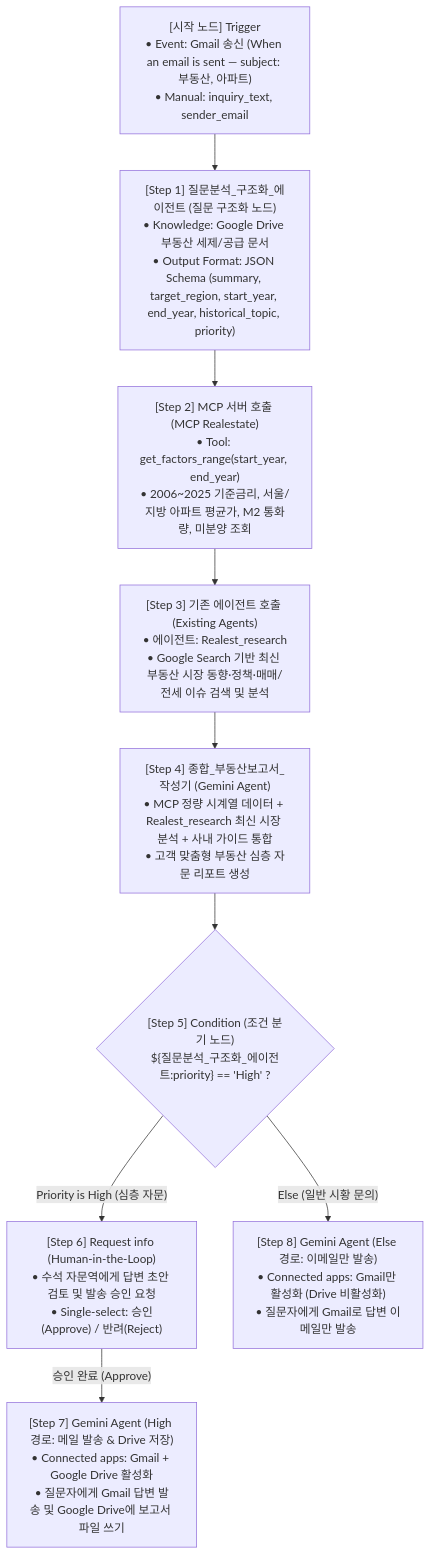
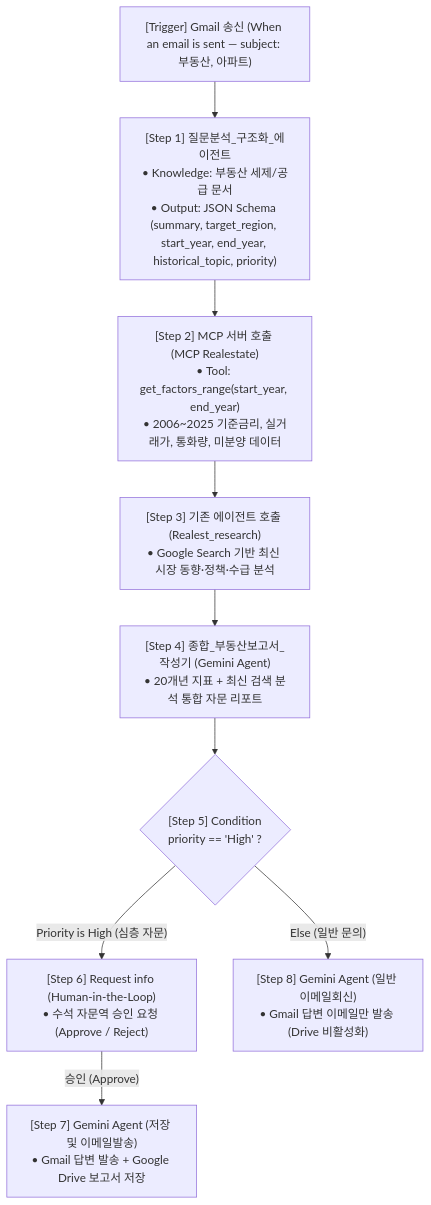
The diagram in ge_lab/nocode_advance/nocode_advance.md (shins777/gemini_enterprise_lab), drawn with Mermaid before and after one commit. The commit also changed other lines of this file, not shown here.

````diff
--- a/ge_lab/nocode_advance/nocode_advance.md
+++ b/ge_lab/nocode_advance/nocode_advance.md
@@ -60,18 +53,18 @@
 ```mermaid
 flowchart TD
-    Trigger["[시작 노드] Trigger<br>• Event: Gmail 송신 (When an email is sent — subject: 부동산, 아파트)<br>• Manual: inquiry_text, sender_email"] --> Step1["[Step 1] 질문분석_구조화_에이전트 (질문 구조화 노드)<br>• Knowledge: Google Drive 부동산 세제/공급 문서<br>• Output Format: JSON Schema (summary, target_region, start_year, end_year, historical_topic, priority)"]
+    Trigger["[Trigger] Gmail 송신 (When an email is sent — subject: 부동산, 아파트)"] --> Step1["[Step 1] 질문분석_구조화_에이전트<br>• Knowledge: 부동산 세제/공급 문서<br>• Output: JSON Schema (summary, target_region, start_year, end_year, historical_topic, priority)"]
     
-    Step1 --> Step2["[Step 2] MCP 서버 호출 (MCP Realestate)<br>• Tool: get_factors_range(start_year, end_year)<br>• 2006~2025 기준금리, 서울/지방 아파트 평균가, M2 통화량, 미분양 조회"]
+    Step1 --> Step2["[Step 2] MCP 서버 호출 (MCP Realestate)<br>• Tool: get_factors_range(start_year, end_year)<br>• 2006~2025 기준금리, 실거래가, 통화량, 미분양 데이터"]
     
-    Step2 --> Step3["[Step 3] 기존 에이전트 호출 (Existing Agents)<br>• 에이전트: Realest_research<br>• Google Search 기반 최신 부동산 시장 동향·정책·매매/전세 이슈 검색 및 분석"]
+    Step2 --> Step3["[Step 3] 기존 에이전트 호출 (Realest_research)<br>• Google Search 기반 최신 시장 동향·정책·수급 분석"]
     
-    Step3 --> Step4["[Step 4] 종합_부동산보고서_작성기 (Gemini Agent)<br>• MCP 정량 시계열 데이터 + Realest_research 최신 시장 분석 + 사내 가이드 통합<br>• 고객 맞춤형 부동산 심층 자문 리포트 생성"]
+    Step3 --> Step4["[Step 4] 종합_부동산보고서_작성기 (Gemini Agent)<br>• 20개년 지표 + 최신 검색 분석 통합 자문 리포트"]
 
-    Step4 --> Step5{"[Step 5] Condition (조건 분기 노드)<br>${질문분석_구조화_에이전트:priority} == 'High' ?"}
+    Step4 --> Step5{"[Step 5] Condition<br>priority == 'High' ?"}
     
-    Step5 -->|"Priority is High (심층 자문)"| Step6["[Step 6] Request info (Human-in-the-Loop)<br>• 수석 자문역에게 답변 초안 검토 및 발송 승인 요청<br>• Single-select: 승인(Approve) / 반려(Reject)"]
+    Step5 -->|"Priority is High (심층 자문)"| Step6["[Step 6] Request info (Human-in-the-Loop)<br>• 수석 자문역 승인 요청 (Approve / Reject)"]
     
-    Step6 -->|"승인 완료 (Approve)"| Step7["[Step 7] Gemini Agent (High 경로: 메일 발송 & Drive 저장)<br>• Connected apps: Gmail + Google Drive 활성화<br>• 질문자에게 Gmail 답변 발송 및 Google Drive에 보고서 파일 쓰기"]
+    Step6 -->|"승인 (Approve)"| Step7["[Step 7] Gemini Agent (저장 및 이메일발송)<br>• Gmail 답변 발송 + Google Drive 보고서 저장"]
     
-    Step5 -->|"Else (일반 시황 문의)"| Step8["[Step 8] Gemini Agent (Else 경로: 이메일만 발송)<br>• Connected apps: Gmail만 활성화 (Drive 비활성화)<br>• 질문자에게 Gmail로 답변 이메일만 발송"]
+    Step5 -->|"Else (일반 문의)"| Step8["[Step 8] Gemini Agent (일반 이메일회신)<br>• Gmail 답변 이메일만 발송 (Drive 비활성화)"]
 ```
````
